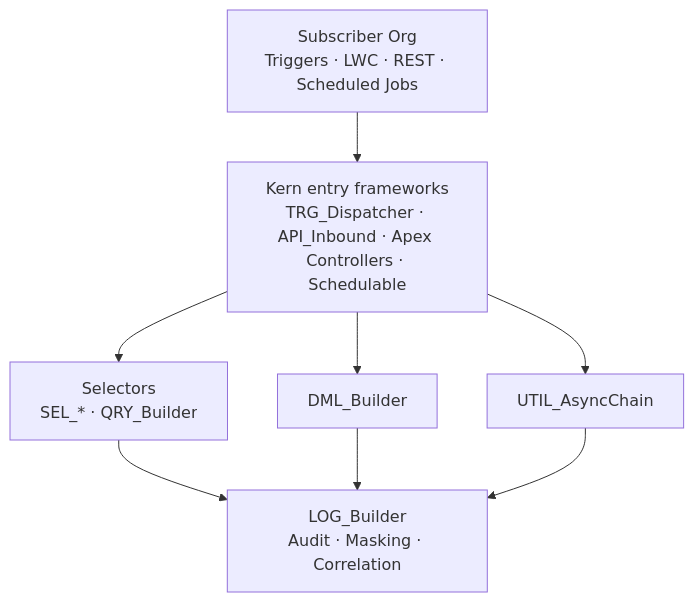
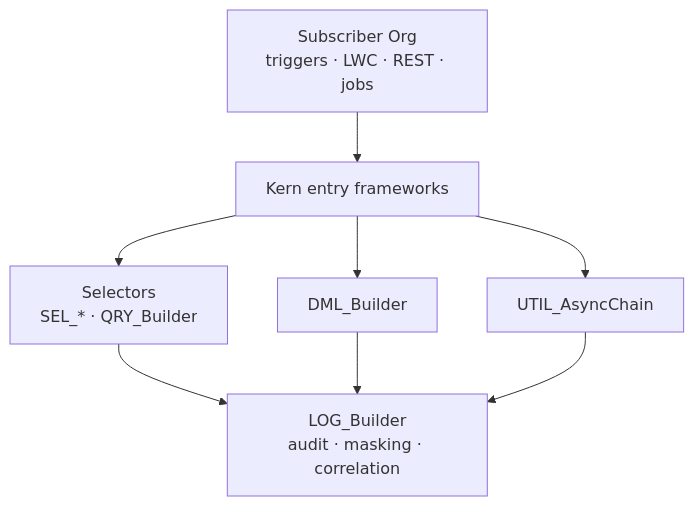
Before and after one commit to JVB-Consulting/kerndx: the diagram in README.md, drawn with Mermaid. The commit also changed 323 other files, not shown here.

````diff
--- a/README.md
+++ b/README.md
@@ -55,10 +55,10 @@
 ```mermaid
 flowchart TD
-    A[Subscriber Org<br/>Triggers · LWC · REST · Scheduled Jobs] --> B[Kern entry frameworks<br/>TRG_Dispatcher · API_Inbound · Apex Controllers · Schedulable]
-    B --> C[Selectors<br/>SEL_*  ·  QRY_Builder]
-    B --> D[DML_Builder]
-    B --> E[UTIL_AsyncChain]
-    C --> F[LOG_Builder<br/>Audit · Masking · Correlation]
+    A["Subscriber Org<br/>triggers · LWC · REST · jobs"] --> B["Kern entry frameworks"]
+    B --> C["Selectors<br/>SEL_* · QRY_Builder"]
+    B --> D["DML_Builder"]
+    B --> E["UTIL_AsyncChain"]
+    C --> F["LOG_Builder<br/>audit · masking · correlation"]
     D --> F
     E --> F
 ```
````
